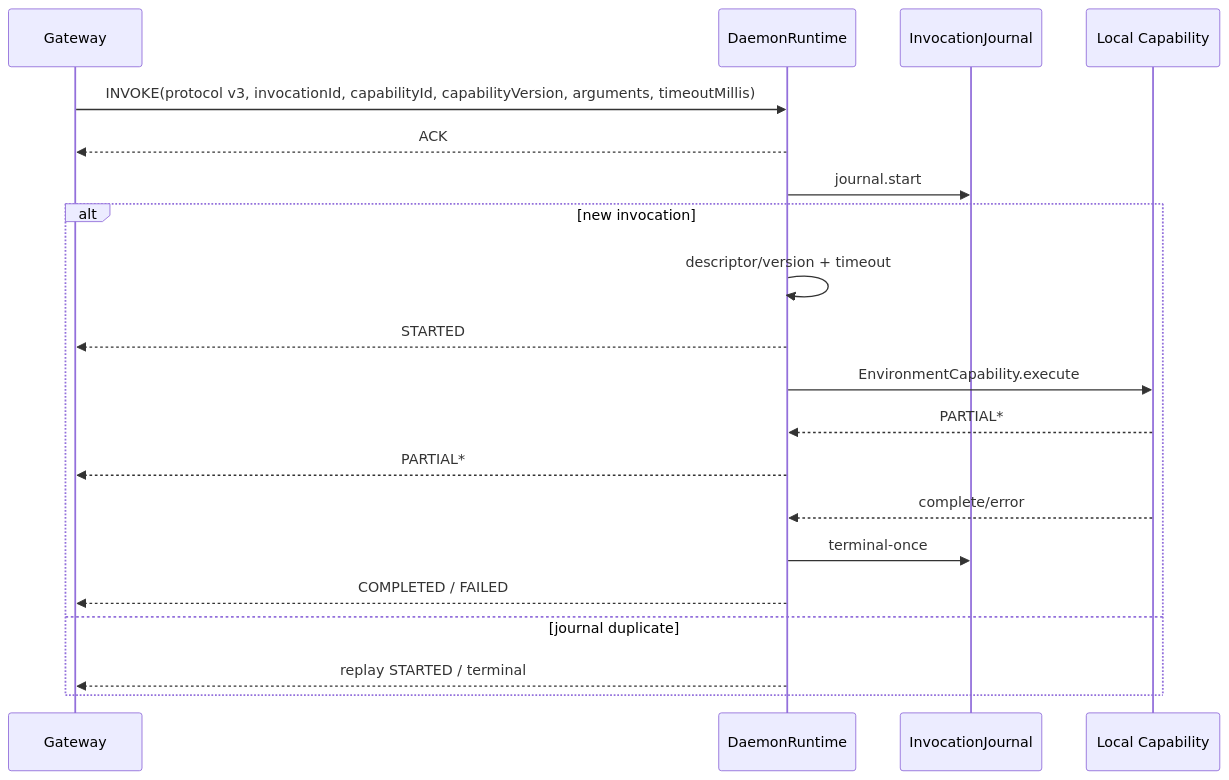
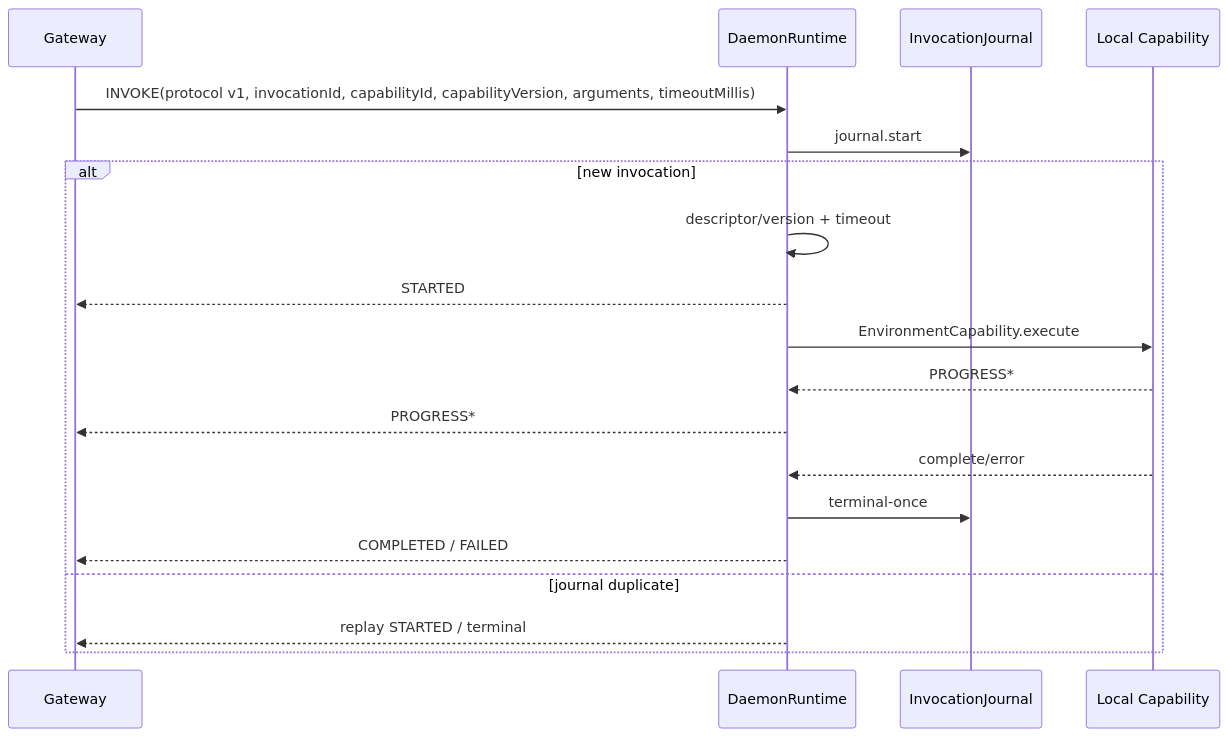
Before and after one commit to fengwk/kk-studio: the diagram in docs/modules/harness-daemon.md, drawn with Mermaid. The commit also changed other lines of this file and 44 other files, not shown here.

````diff
--- a/docs/modules/harness-daemon.md
+++ b/docs/modules/harness-daemon.md
@@ -202,22 +207,21 @@
 ```mermaid
 sequenceDiagram
   participant G as Gateway
   participant D as DaemonRuntime
   participant J as InvocationJournal
   participant C as Local Capability
-  G->>D: INVOKE(protocol v3, invocationId, capabilityId, capabilityVersion, arguments, timeoutMillis)
-  D-->>G: ACK
+  G->>D: INVOKE(protocol v1, invocationId, capabilityId, capabilityVersion, arguments, timeoutMillis)
   D->>J: journal.start
   alt new invocation
     D->>D: descriptor/version + timeout
     D-->>G: STARTED
     D->>C: EnvironmentCapability.execute
-    C-->>D: PARTIAL*
-    D-->>G: PARTIAL*
+    C-->>D: PROGRESS*
+    D-->>G: PROGRESS*
     C-->>D: complete/error
     D->>J: terminal-once
     D-->>G: COMPLETED / FAILED
   else journal duplicate
     D-->>G: replay STARTED / terminal
   end
 ```
````
